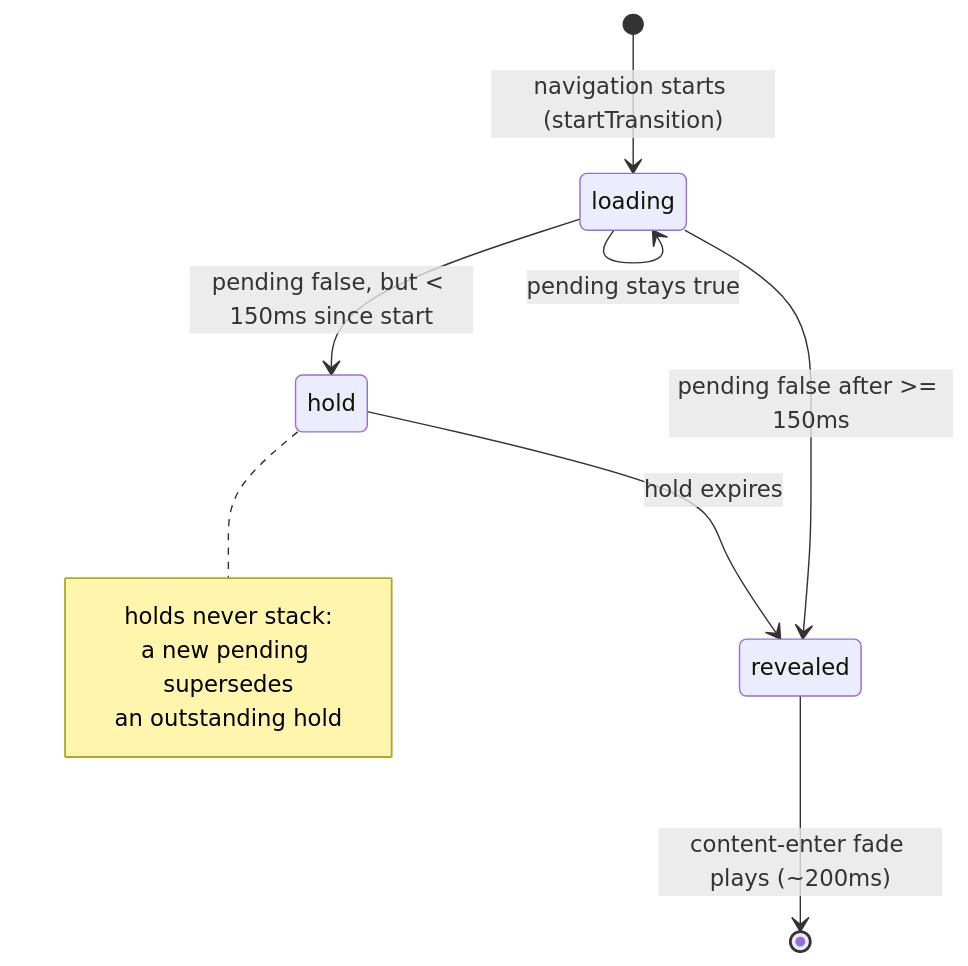
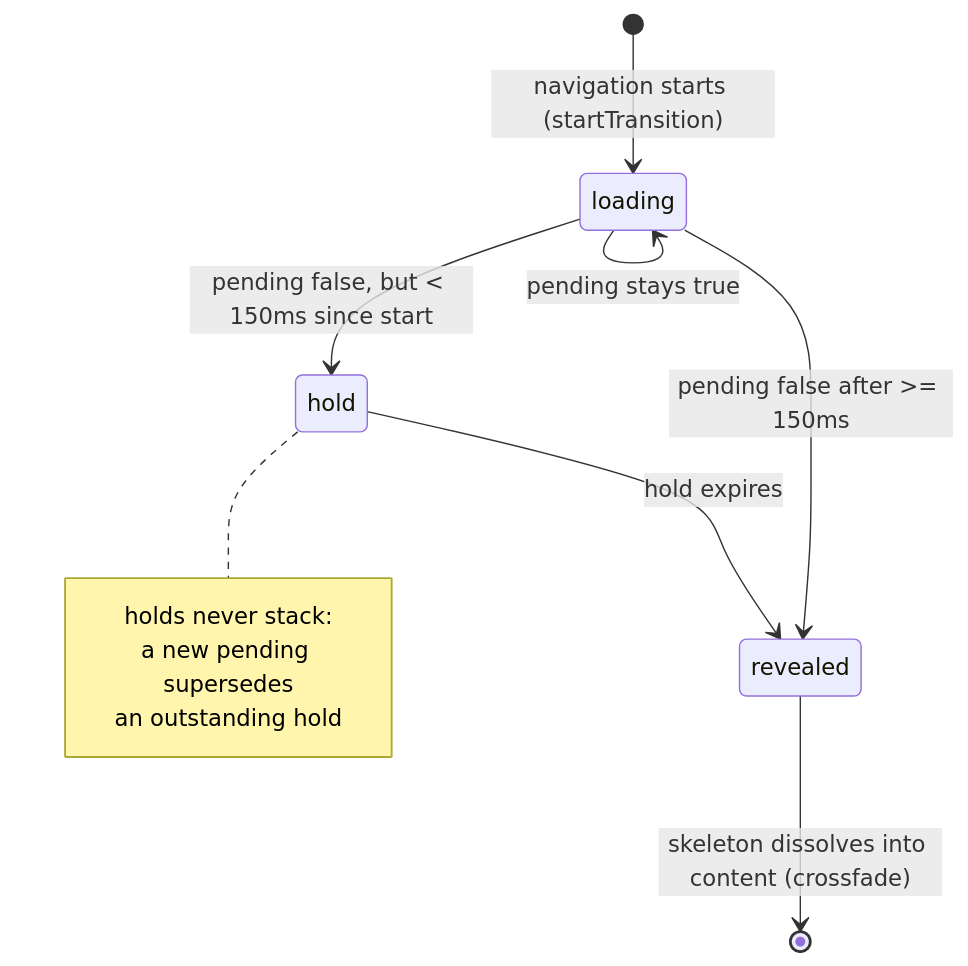
The first of 6 diagrams in docs/loading-transitions.md (oncloudnintynineone-source/cloudy2), drawn with Mermaid before and after one commit. The commit also changed other lines of this file and 7 other files, not shown here.

Commit message:
Add skeleton-to-calendar crossfade revea

````diff
--- a/docs/loading-transitions.md
+++ b/docs/loading-transitions.md
@@ -87,14 +87,14 @@
 ```mermaid
 stateDiagram-v2
  [*] --> loading: navigation starts (startTransition)
  loading --> loading: pending stays true
  loading --> hold: pending false, but < 150ms since start
  hold --> revealed: hold expires
  loading --> revealed: pending false after >= 150ms
- revealed --> [*]: content-enter fade plays (~200ms)
+ revealed --> [*]: skeleton dissolves into content (crossfade)
  note right of hold
  holds never stack:
  a new pending supersedes
  an outstanding hold
  end note
 ```
````
